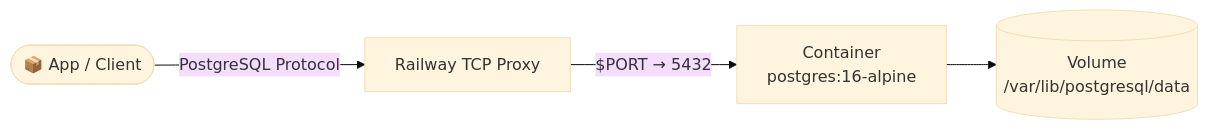
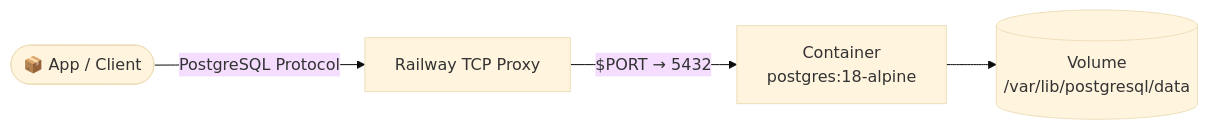
Before and after one commit to vergissberlin/railwayapp-postgresql: the diagram in README.md, drawn with Mermaid (base theme). The commit also changed other lines of this file and 5 other files, not shown here.

````diff
--- a/README.md
+++ b/README.md
@@ -11,6 +11,6 @@
 ```mermaid
 flowchart LR
     Client(["📦 App / Client"]) -->|"PostgreSQL Protocol"| Proxy["Railway TCP Proxy"]
-    Proxy -->|"$PORT → 5432"| App["Container\npostgres:16-alpine"]
+    Proxy -->|"$PORT → 5432"| App["Container\npostgres:18-alpine"]
     App --> Volume[("Volume\n/var/lib/postgresql/data")]
 ```
````
